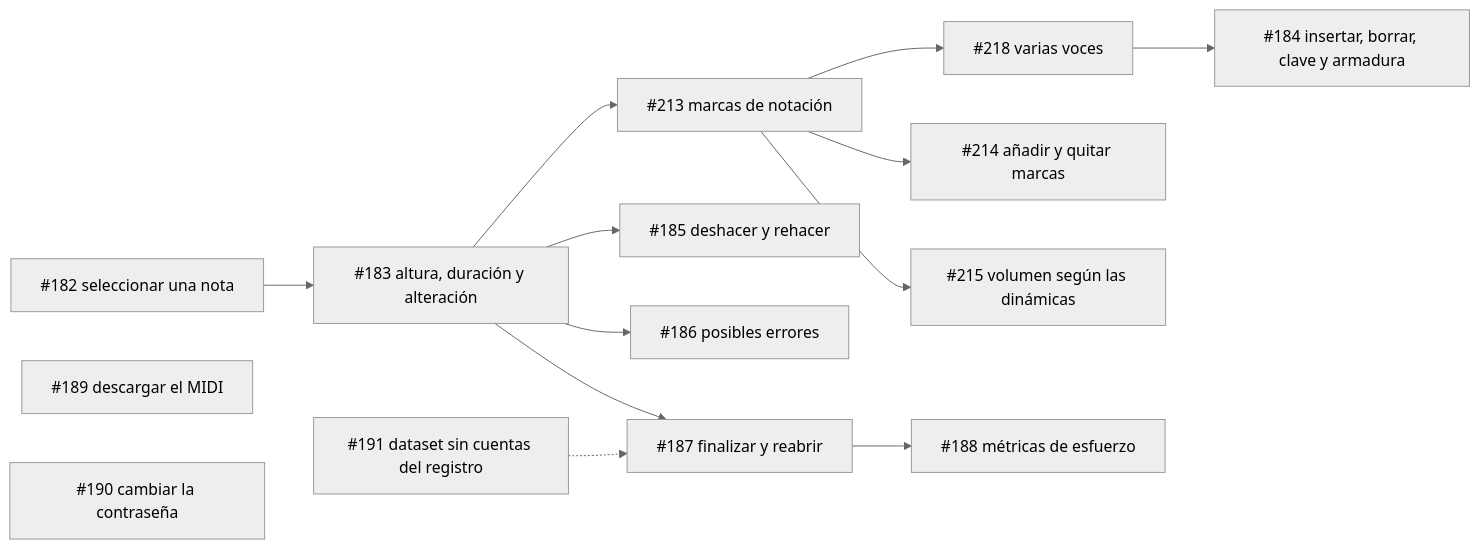
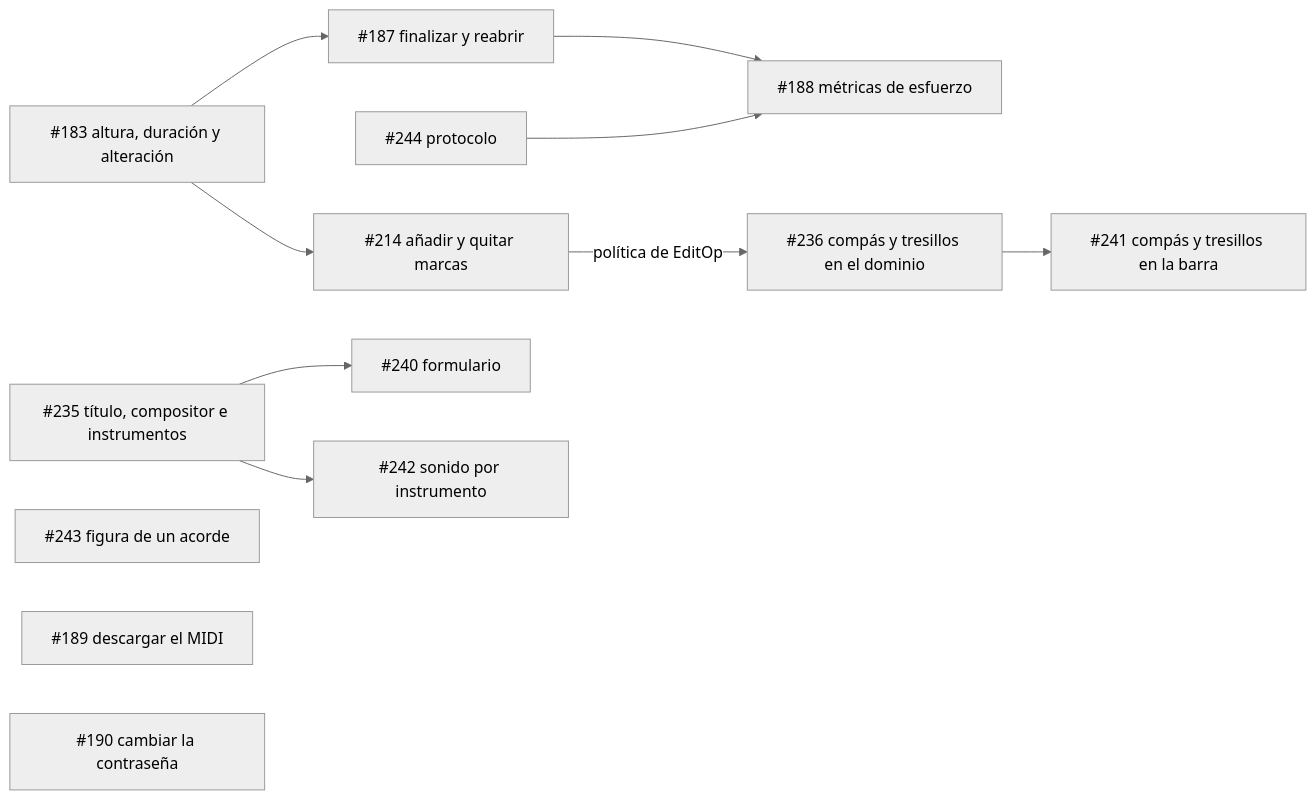
The diagram in docs/phases/phase_8_web_interface/README.md (sebdavid3/Cadenza), drawn with Mermaid (neutral theme) before and after one commit. The commit also changed other lines of this file and 3 other files, not shown here.

````diff
--- a/docs/phases/phase_8_web_interface/README.md
+++ b/docs/phases/phase_8_web_interface/README.md
@@ -59,16 +72,14 @@
 ```mermaid
 flowchart LR
-    S182["#182 seleccionar una nota"] --> S183["#183 altura, duración y alteración"]
-    S183 --> S213["#213 marcas de notación"]
-    S213 --> S218["#218 varias voces"]
-    S218 --> S184["#184 insertar, borrar, clave y armadura"]
-    S213 --> S214["#214 añadir y quitar marcas"]
-    S213 --> S215["#215 volumen según las dinámicas"]
-    S183 --> S185["#185 deshacer y rehacer"]
-    S183 --> S186["#186 posibles errores"]
+    S183["#183 altura, duración y alteración"] --> S214["#214 añadir y quitar marcas"]
     S183 --> S187["#187 finalizar y reabrir"]
-    S191["#191 dataset sin cuentas del registro"] -.-> S187
     S187 --> S188["#188 métricas de esfuerzo"]
+    S244["#244 protocolo"] --> S188
+    S214 -->|política de EditOp| S236["#236 compás y tresillos en el dominio"]
+    S236 --> S241["#241 compás y tresillos en la barra"]
+    S235["#235 título, compositor e instrumentos"] --> S240["#240 formulario"]
+    S235 --> S242["#242 sonido por instrumento"]
+    S243["#243 figura de un acorde"]
     S189["#189 descargar el MIDI"]
     S190["#190 cambiar la contraseña"]
 ```
````
